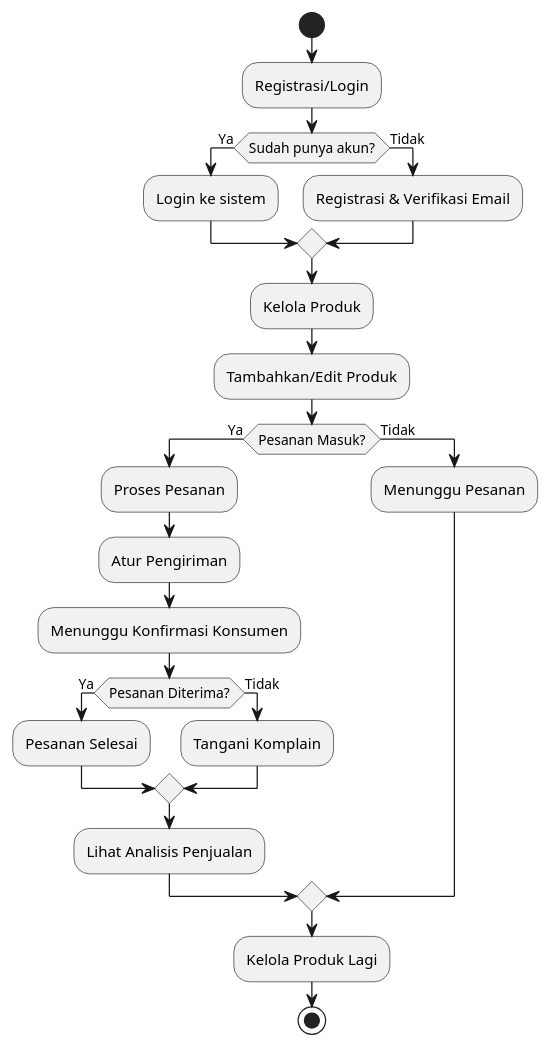
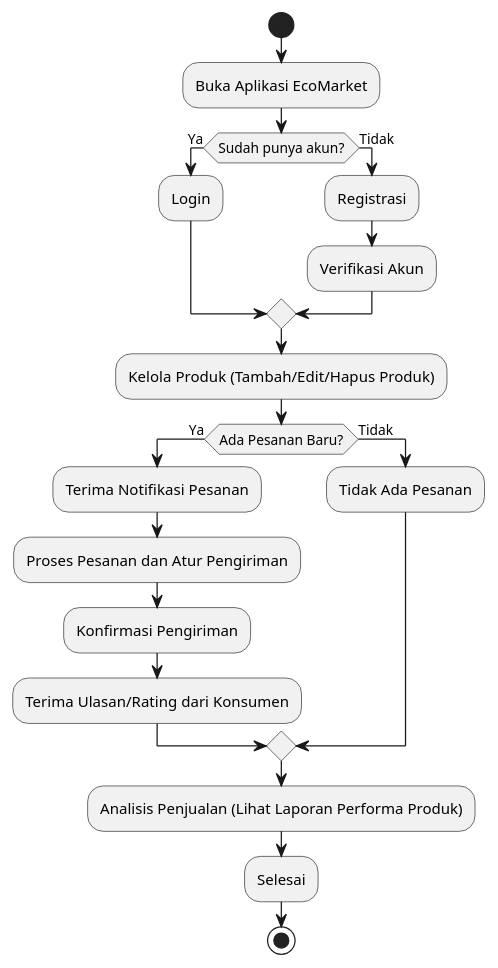
One commit to desales24/DAA changed the diagram in UAS/flowchat_use_case/flowchart/penjual.puml. Above: the diagram before and after it, drawn with PlantUML. The commit also changed 5 other files, not shown here.

```diff
--- a/UAS/flowchat_use_case/flowchart/penjual.puml
+++ b/UAS/flowchat_use_case/flowchart/penjual.puml
@@ -1,26 +1,28 @@
 @startuml
 start
-:Registrasi/Login;
+
+:Buka Aplikasi EcoMarket;
+
 if (Sudah punya akun?) then (Ya)
-    :Login ke sistem;
+  :Login;
 else (Tidak)
-    :Registrasi & Verifikasi Email;
+  :Registrasi;
+  :Verifikasi Akun;
 endif
-:Kelola Produk;
-:Tambahkan/Edit Produk;
-if (Pesanan Masuk?) then (Ya)
-    :Proses Pesanan;
-    :Atur Pengiriman;
-    :Menunggu Konfirmasi Konsumen;
-    if (Pesanan Diterima?) then (Ya)
-        :Pesanan Selesai;
-    else (Tidak)
-        :Tangani Komplain;
-    endif
-    :Lihat Analisis Penjualan;
+
+:Kelola Produk (Tambah/Edit/Hapus Produk);
+
+if (Ada Pesanan Baru?) then (Ya)
+  :Terima Notifikasi Pesanan;
+  :Proses Pesanan dan Atur Pengiriman;
+  :Konfirmasi Pengiriman;
+  :Terima Ulasan/Rating dari Konsumen;
 else (Tidak)
-    :Menunggu Pesanan;
+  :Tidak Ada Pesanan;
 endif
-:Kelola Produk Lagi;
+
+:Analisis Penjualan (Lihat Laporan Performa Produk);
+:Selesai;
+
 stop
 @enduml
```
